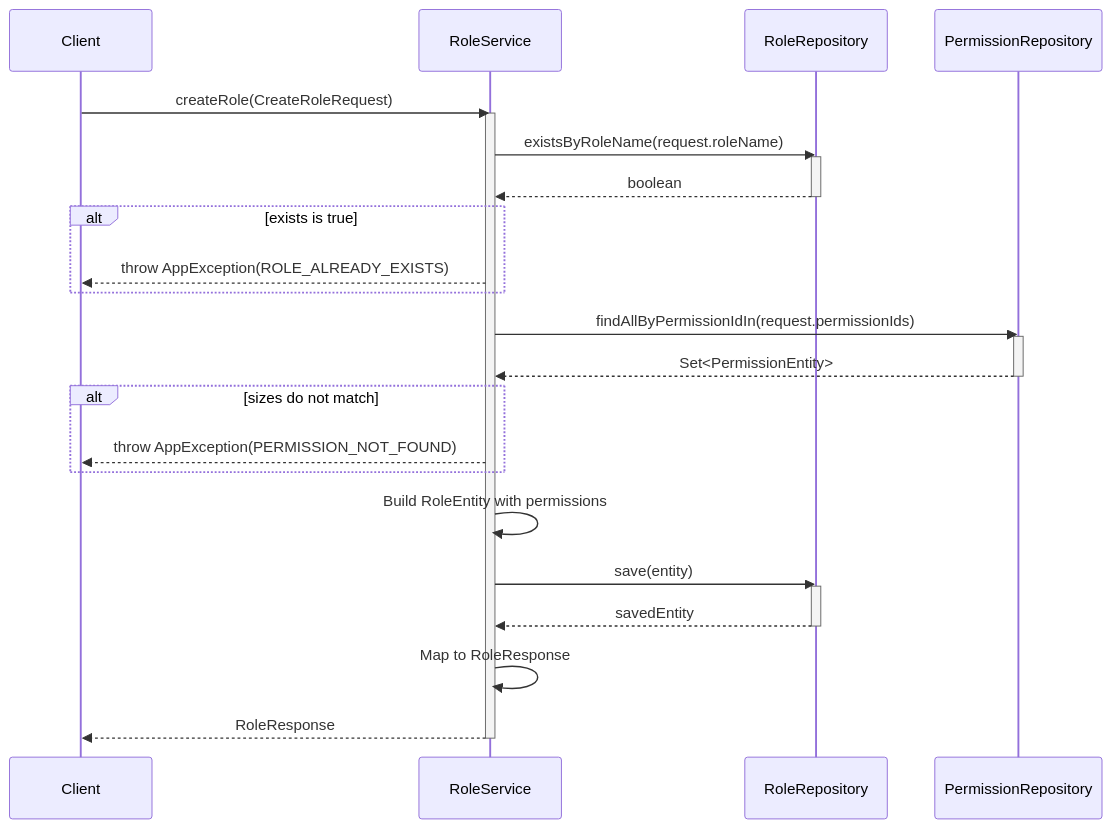
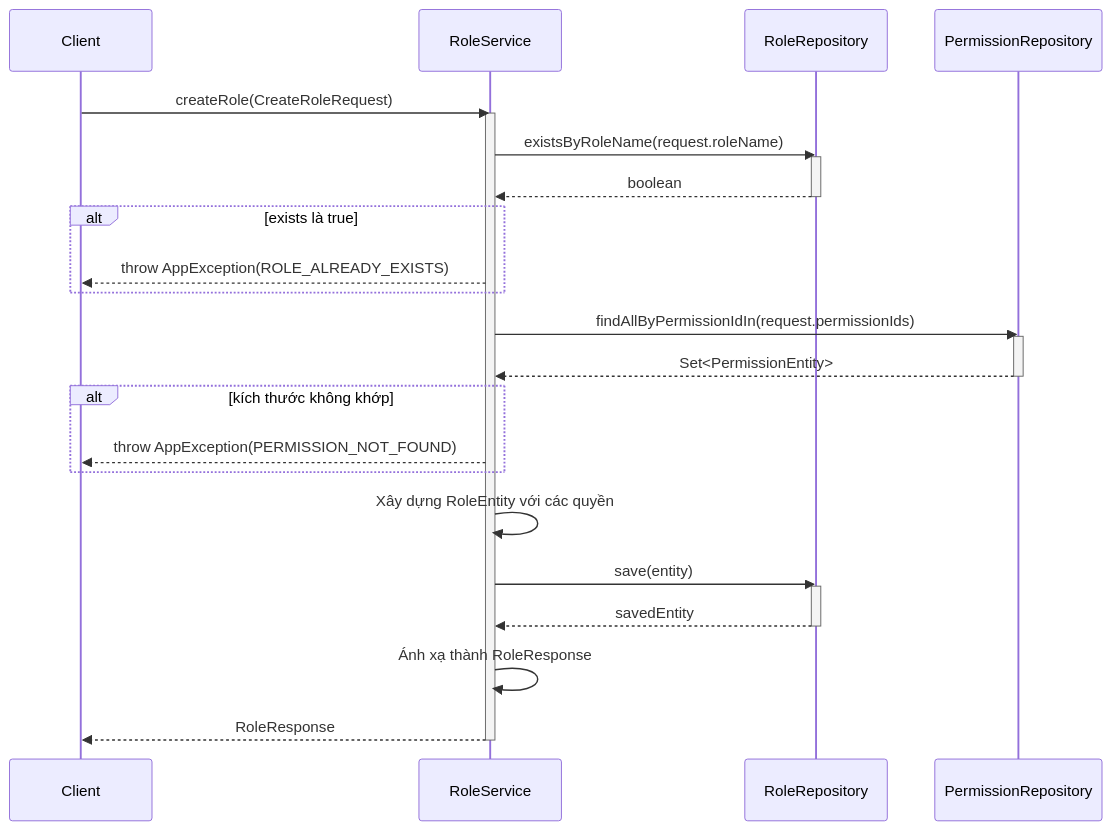
Before and after one commit to aquoc09/easymall: the seventh of 9 diagrams in .agent/sequence/rbac_services_sequence_diagrams.md, drawn with Mermaid. The commit also changed other lines of this file and 18 other files, not shown here.

Commit message:
UPDATE: Sequence diagram vietnamese

````diff
--- a/.agent/sequence/rbac_services_sequence_diagrams.md
+++ b/.agent/sequence/rbac_services_sequence_diagrams.md
@@ -170,40 +170,40 @@
 ```mermaid
 sequenceDiagram
     participant Client
     participant RoleService
     participant RoleRepository
     participant PermissionRepository
 
     Client->>RoleService: createRole(CreateRoleRequest)
     activate RoleService
 
     RoleService->>RoleRepository: existsByRoleName(request.roleName)
     activate RoleRepository
     RoleRepository-->>RoleService: boolean
     deactivate RoleRepository
 
-    alt exists is true
+    alt exists là true
         RoleService-->>Client: throw AppException(ROLE_ALREADY_EXISTS)
     end
 
     RoleService->>PermissionRepository: findAllByPermissionIdIn(request.permissionIds)
     activate PermissionRepository
     PermissionRepository-->>RoleService: Set<PermissionEntity>
     deactivate PermissionRepository
 
-    alt sizes do not match
+    alt kích thước không khớp
         RoleService-->>Client: throw AppException(PERMISSION_NOT_FOUND)
     end
 
-    RoleService->>RoleService: Build RoleEntity with permissions
+    RoleService->>RoleService: Xây dựng RoleEntity với các quyền
     
     RoleService->>RoleRepository: save(entity)
     activate RoleRepository
     RoleRepository-->>RoleService: savedEntity
     deactivate RoleRepository
 
-    RoleService->>RoleService: Map to RoleResponse
+    RoleService->>RoleService: Ánh xạ thành RoleResponse
     
     RoleService-->>Client: RoleResponse
     deactivate RoleService
 ```
````
